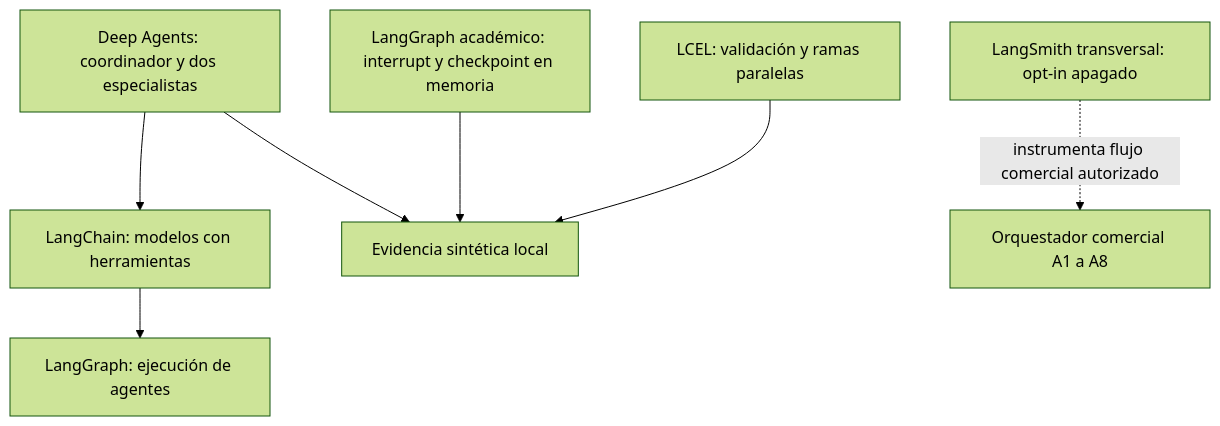
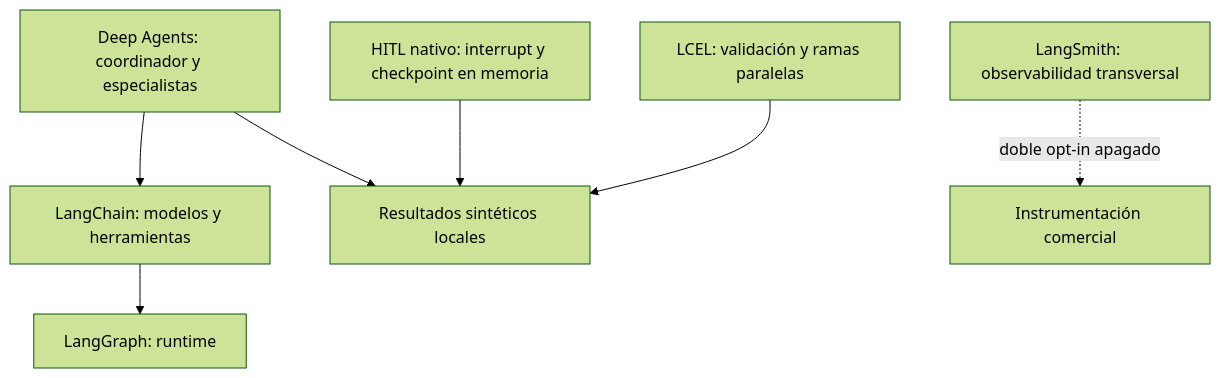
Before and after one commit to alessandrorr1007-debug/veltri: the second of 2 diagrams in docs/arquitectura.md, drawn with Mermaid (forest theme). The commit also changed other lines of this file and 141 other files, not shown here.

````diff
--- a/docs/arquitectura.md
+++ b/docs/arquitectura.md
@@ -238,9 +41,9 @@
 ```mermaid
 flowchart TB
- DA[Deep Agents: coordinador y dos especialistas] --> LC[LangChain: modelos con herramientas]
- LC --> LG[LangGraph: ejecución de agentes]
- X[LCEL: validación y ramas paralelas] --> E[Evidencia sintética local]
- H[LangGraph académico: interrupt y checkpoint en memoria] --> E
+ DA[Deep Agents: coordinador y especialistas] --> LC[LangChain: modelos y herramientas]
+ LC --> LG[LangGraph: runtime]
+ X[LCEL: validación y ramas paralelas] --> E[Resultados sintéticos locales]
+ H[HITL nativo: interrupt y checkpoint en memoria] --> E
  DA --> E
- LS[LangSmith transversal: opt-in apagado] -. instrumenta flujo comercial autorizado .-> C[Orquestador comercial A1 a A8]
+ LS[LangSmith: observabilidad transversal] -. doble opt-in apagado .-> C[Instrumentación comercial]
 ```
````
